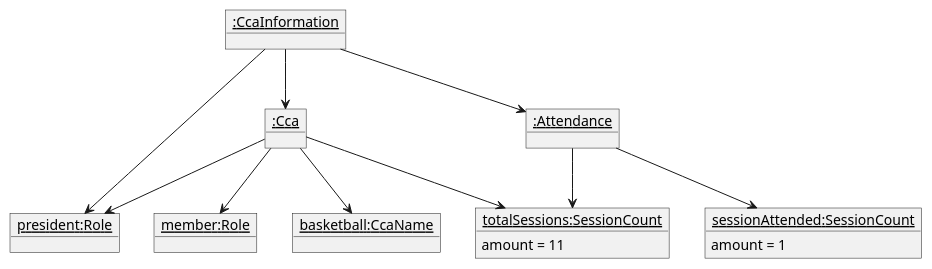
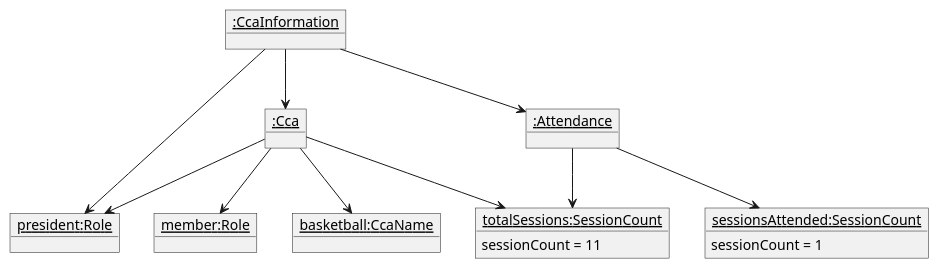
One commit to waylonggggg/tp changed the diagram in docs/diagrams/CcaInformationObjectDiagram.puml. Above: the diagram before and after it, drawn with PlantUML. The commit also changed 4 other files, not shown here.

```diff
--- a/docs/diagrams/CcaInformationObjectDiagram.puml
+++ b/docs/diagrams/CcaInformationObjectDiagram.puml
@@ -1,39 +1,39 @@
 @startuml
 
 object "<u>basketball:CcaName</u>" as ccaName {
 }
 
-object "<u>sessionAttended:SessionCount</u>" as sessionAttended {
-  amount = 1
+object "<u>sessionsAttended:SessionCount</u>" as sessionsAttended {
+  sessionCount = 1
 }
 
 object "<u>totalSessions:SessionCount</u>" as totalSessions {
-  amount = 11
+  sessionCount = 11
 }
 
 object "<u>president:Role</u>" as president {
 }
 
 object "<u>member:Role</u>" as member {
 }
 
 object "<u>:Cca</u>" as basketballCca {
 }
 
 object "<u>:Attendance</u>" as attendance {
 }
 
 object "<u>:CcaInformation</u>" as ccaInformation {
 }
 
 ccaInformation --> president
 ccaInformation --> attendance
 ccaInformation --> basketballCca
 basketballCca --> ccaName
 basketballCca --> totalSessions
 basketballCca --> president
 basketballCca --> member
 attendance --> totalSessions
-attendance --> sessionAttended
+attendance --> sessionsAttended
 member -[hidden]left-> president
 @enduml
```
